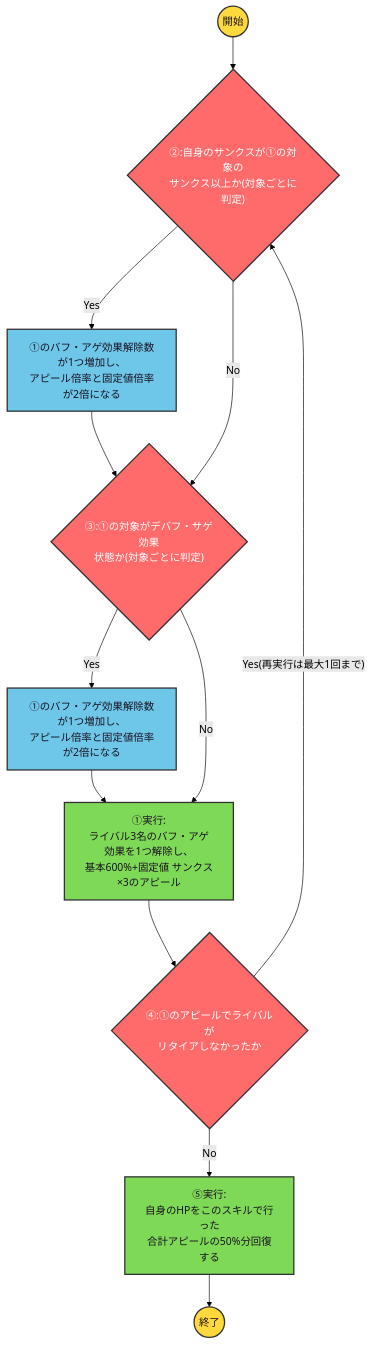
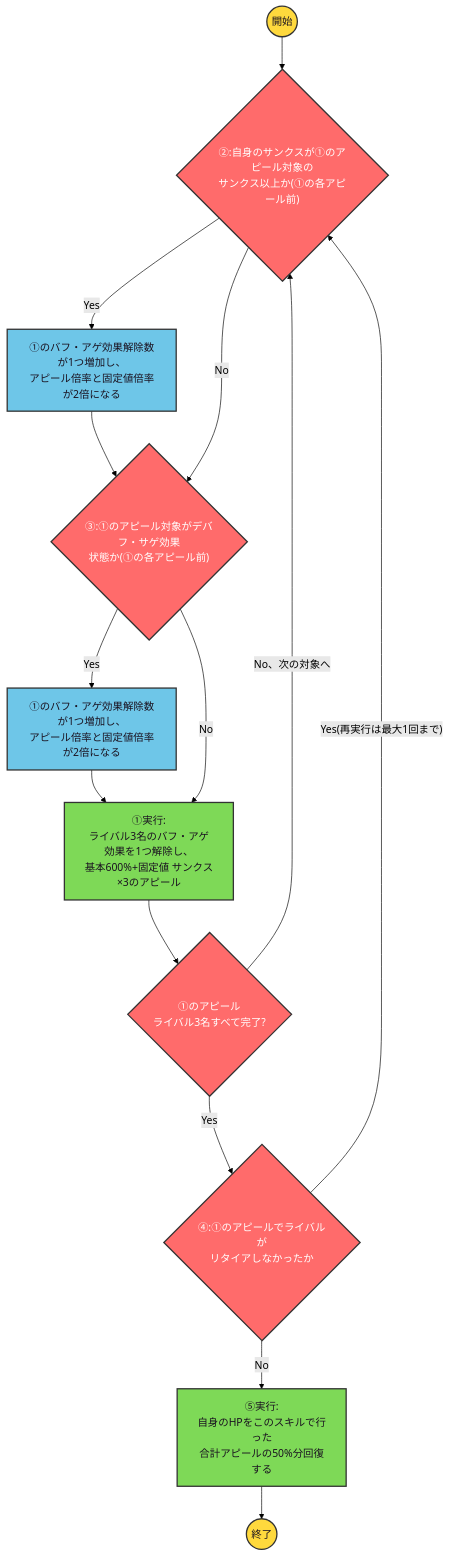
One commit to ryomochi0918/nogifra-characters changed the diagram in data/masuda_mirine/seihukunomanekin_skill2.mmd. Above: the diagram before and after it, drawn with Mermaid (forest theme). The commit also changed 3 other files, not shown here.

```diff
--- a/data/masuda_mirine/seihukunomanekin_skill2.mmd
+++ b/data/masuda_mirine/seihukunomanekin_skill2.mmd
@@ -1,17 +1,19 @@
 flowchart TD
     classDef startend fill:#FFD93D,stroke:#333,stroke-width:2px,color:#1a1220;
     classDef cond fill:#FF6B6B,stroke:#333,stroke-width:2px,color:#ffffff;
     classDef effect fill:#6EC6E8,stroke:#333,stroke-width:2px,color:#1a1220;
     classDef action fill:#7ED957,stroke:#333,stroke-width:2px,color:#1a1220;
 
     start(("開始")):::startend --> c2
-    c2{"②:自身のサンクスが①の対象の<br/>サンクス以上か(対象ごとに判定)"}:::cond
+    c2{"②:自身のサンクスが①のアピール対象の<br/>サンクス以上か(①の各アピール前)"}:::cond
     c2 -->|"Yes"| e2["①のバフ・アゲ効果解除数が1つ増加し、<br/>アピール倍率と固定値倍率が2倍になる"]:::effect --> c3
-    c2 -->|"No"| c3{"③:①の対象がデバフ・サゲ効果<br/>状態か(対象ごとに判定)"}:::cond
+    c2 -->|"No"| c3{"③:①のアピール対象がデバフ・サゲ効果<br/>状態か(①の各アピール前)"}:::cond
 
     c3 -->|"Yes"| e3["①のバフ・アゲ効果解除数が1つ増加し、<br/>アピール倍率と固定値倍率が2倍になる"]:::effect --> a1
     c3 -->|"No"| a1["①実行:<br/>ライバル3名のバフ・アゲ効果を1つ解除し、<br/>基本600%+固定値 サンクス×3のアピール"]:::action
 
-    a1 --> c4{"④:①のアピールでライバルが<br/>リタイアしなかったか"}:::cond
+    a1 --> lc1{"①のアピール<br/>ライバル3名すべて完了?"}:::cond
+    lc1 -->|"No、次の対象へ"| c2
+    lc1 -->|"Yes"| c4{"④:①のアピールでライバルが<br/>リタイアしなかったか"}:::cond
     c4 -->|"Yes(再実行は最大1回まで)"| c2
     c4 -->|"No"| a5["⑤実行:<br/>自身のHPをこのスキルで行った<br/>合計アピールの50%分回復する"]:::action --> finish(("終了")):::startend
```
